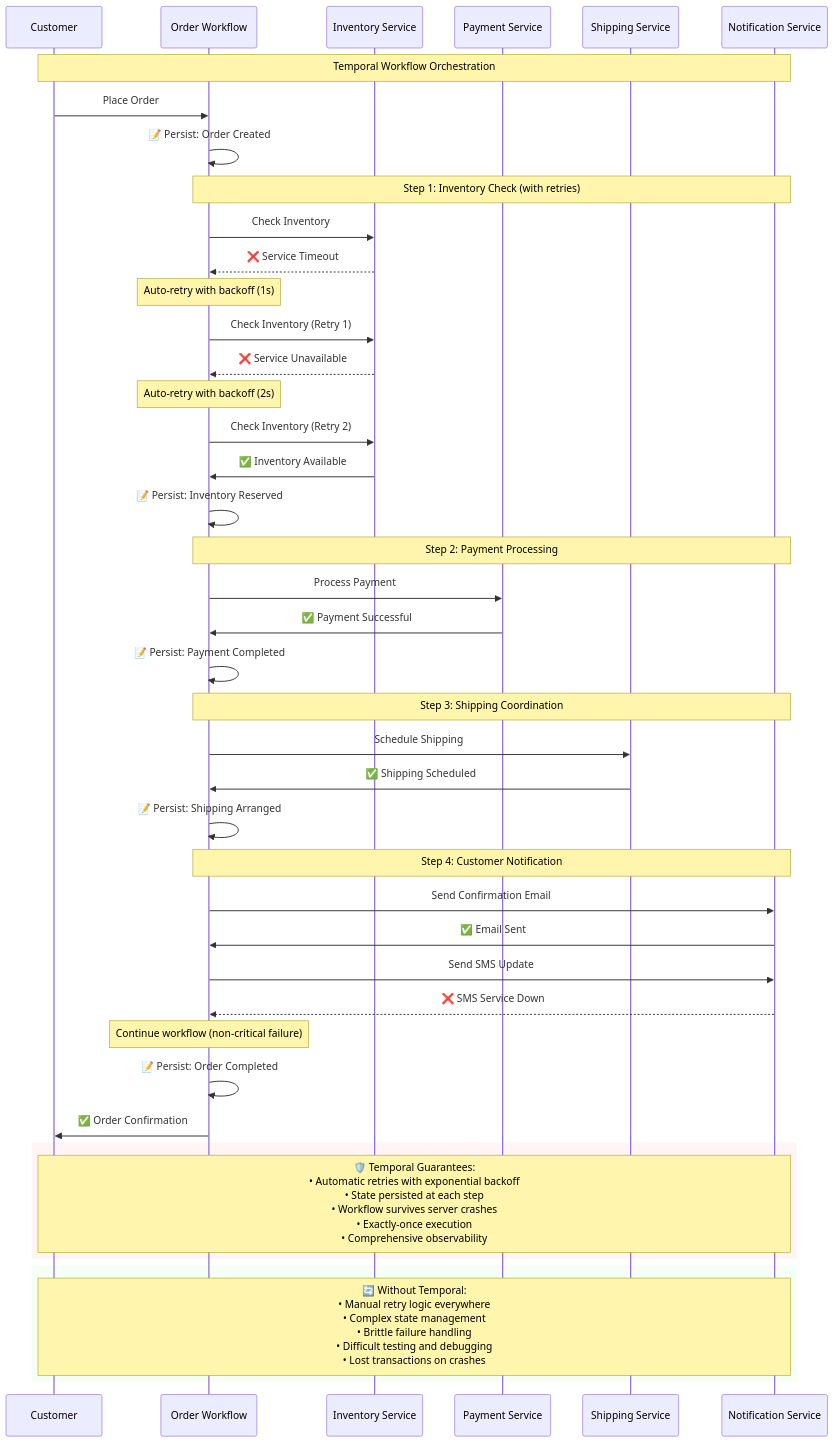
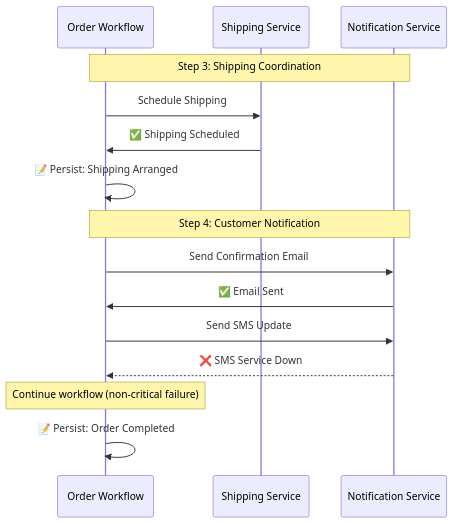
Before and after one commit to vorrawut/temporal-starter: the fourth of 4 diagrams in class/intro-diagram.md, drawn with Mermaid. The commit also changed other lines of this file and 43 other files, not shown here.

````diff
--- a/class/intro-diagram.md
+++ b/class/intro-diagram.md
@@ -5,53 +86,19 @@
 ```mermaid
 sequenceDiagram
-    participant U as Customer
     participant W as Order Workflow
-    participant I as Inventory Service
-    participant P as Payment Service
     participant S as Shipping Service
     participant N as Notification Service
-    
-    Note over U,N: Temporal Workflow Orchestration
-    
-    U->>W: Place Order
-    W->>W: 📝 Persist: Order Created
-    
-    Note over W,N: Step 1: Inventory Check (with retries)
-    W->>I: Check Inventory
-    I-->>W: ❌ Service Timeout
-    Note over W: Auto-retry with backoff (1s)
-    W->>I: Check Inventory (Retry 1)
-    I-->>W: ❌ Service Unavailable  
-    Note over W: Auto-retry with backoff (2s)
-    W->>I: Check Inventory (Retry 2)
-    I->>W: ✅ Inventory Available
-    W->>W: 📝 Persist: Inventory Reserved
-    
-    Note over W,N: Step 2: Payment Processing
-    W->>P: Process Payment
-    P->>W: ✅ Payment Successful
-    W->>W: 📝 Persist: Payment Completed
     
     Note over W,N: Step 3: Shipping Coordination
     W->>S: Schedule Shipping
     S->>W: ✅ Shipping Scheduled
     W->>W: 📝 Persist: Shipping Arranged
     
     Note over W,N: Step 4: Customer Notification
     W->>N: Send Confirmation Email
     N->>W: ✅ Email Sent
     W->>N: Send SMS Update
     N-->>W: ❌ SMS Service Down
     Note over W: Continue workflow (non-critical failure)
     W->>W: 📝 Persist: Order Completed
-    
-    W->>U: ✅ Order Confirmation
-    
-    rect rgb(255, 245, 245)
-        Note over U,N: 🛡️ Temporal Guarantees:<br/>• Automatic retries with exponential backoff<br/>• State persisted at each step<br/>• Workflow survives server crashes<br/>• Exactly-once execution<br/>• Comprehensive observability
-    end
-    
-    rect rgb(245, 255, 245)
-        Note over U,N: 🔄 Without Temporal:<br/>• Manual retry logic everywhere<br/>• Complex state management<br/>• Brittle failure handling<br/>• Difficult testing and debugging<br/>• Lost transactions on crashes
-    end
 ```
````
